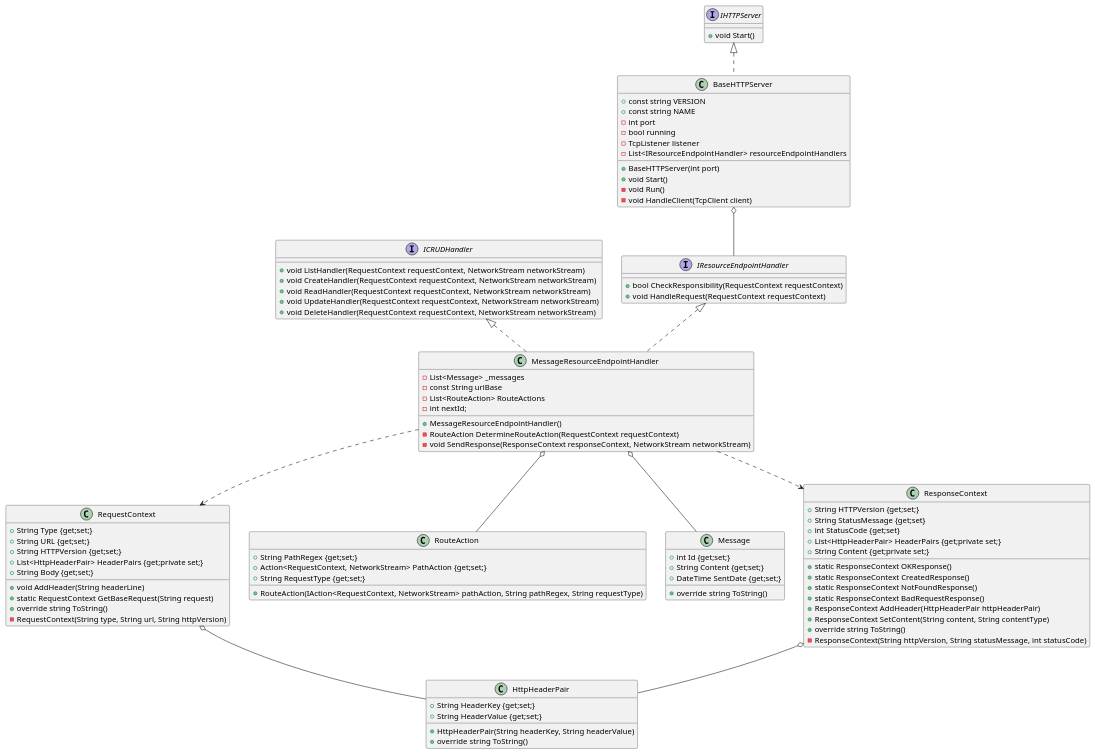
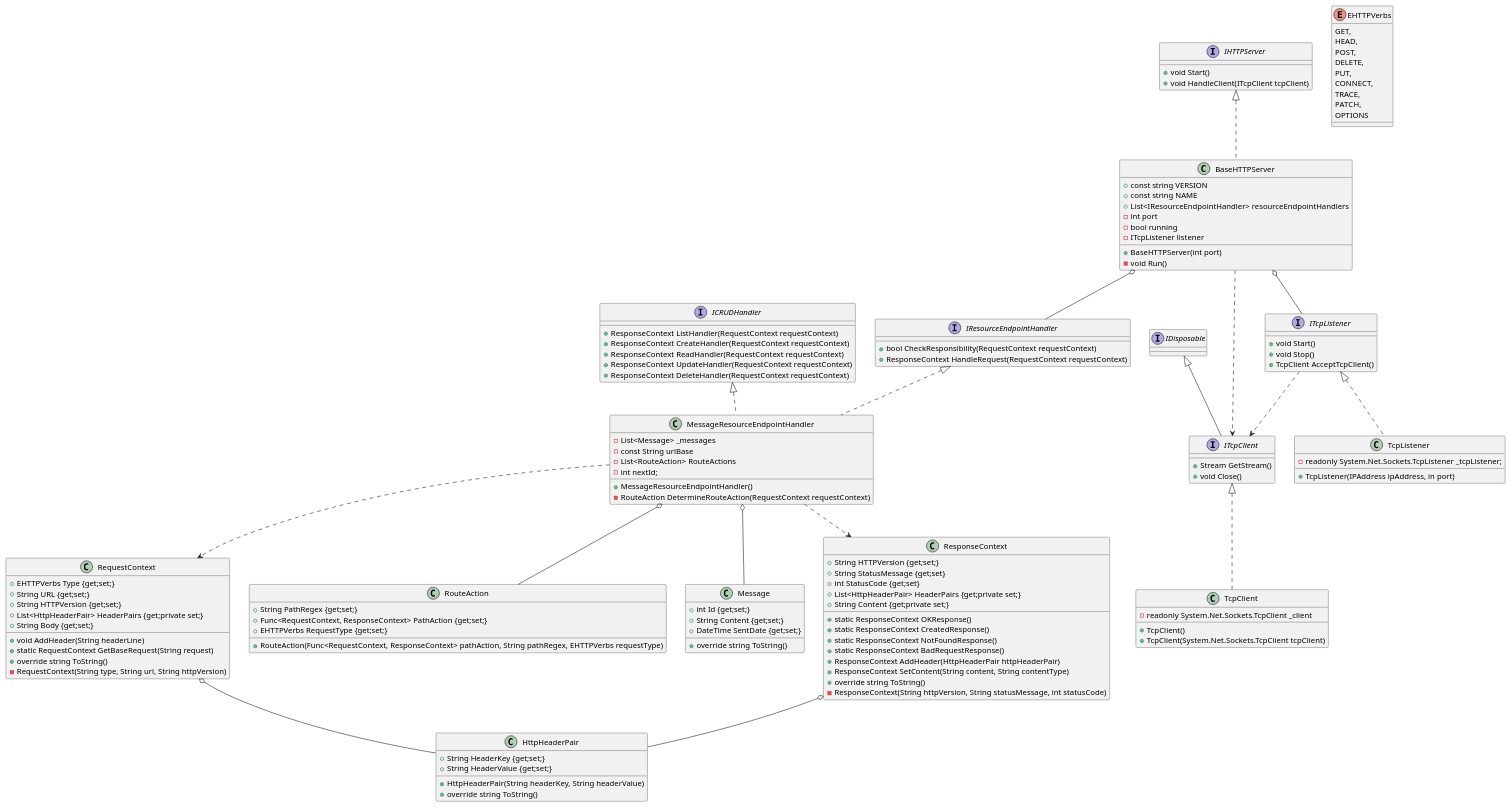
One commit to kretmatt/SWE1-REST-HTTP-Webservice changed the diagram in httprestserver_classdiagram.wsd. Above: the diagram before and after it, drawn with PlantUML. The commit also changed 1 other file, not shown here.

Commit message:
Update class diagram

```diff
--- a/httprestserver_classdiagram.wsd
+++ b/httprestserver_classdiagram.wsd
@@ -1,103 +1,142 @@
 class BaseHTTPServer implements IHTTPServer{
     + const string VERSION
     + const string NAME
+    + List<IResourceEndpointHandler> resourceEndpointHandlers
     - int port
     - bool running
-    - TcpListener listener
-    - List<IResourceEndpointHandler> resourceEndpointHandlers
+    - ITcpListener listener
+    
 
     + BaseHTTPServer(int port)
-    + void Start()
     - void Run()
-    - void HandleClient(TcpClient client)
 }
 
 class RequestContext{
-    + String Type {get;set;}
+    + EHTTPVerbs Type {get;set;}
     + String URL {get;set;}
     + String HTTPVersion {get;set;}
     + List<HttpHeaderPair> HeaderPairs {get;private set;}
     + String Body {get;set;}
 
     + void AddHeader(String headerLine)
     + static RequestContext GetBaseRequest(String request)
     + override string ToString()
     - RequestContext(String type, String url, String httpVersion)
 }
 
 class HttpHeaderPair{
     + String HeaderKey {get;set;}
     + String HeaderValue {get;set;}
 
     + HttpHeaderPair(String headerKey, String headerValue)
     + override string ToString()
 }
 
 interface IResourceEndpointHandler{
     + bool CheckResponsibility(RequestContext requestContext)
-    + void HandleRequest(RequestContext requestContext)
+    + ResponseContext HandleRequest(RequestContext requestContext)
 }
 
 interface ICRUDHandler{
-    + void ListHandler(RequestContext requestContext, NetworkStream networkStream)
-    + void CreateHandler(RequestContext requestContext, NetworkStream networkStream)
-    + void ReadHandler(RequestContext requestContext, NetworkStream networkStream)
-    + void UpdateHandler(RequestContext requestContext, NetworkStream networkStream)
-    + void DeleteHandler(RequestContext requestContext, NetworkStream networkStream)
+    + ResponseContext ListHandler(RequestContext requestContext)
+    + ResponseContext CreateHandler(RequestContext requestContext)
+    + ResponseContext ReadHandler(RequestContext requestContext)
+    + ResponseContext UpdateHandler(RequestContext requestContext)
+    + ResponseContext DeleteHandler(RequestContext requestContext)
 }
 
 class MessageResourceEndpointHandler implements IResourceEndpointHandler, ICRUDHandler{
     - List<Message> _messages
     - const String urlBase
     - List<RouteAction> RouteActions
     - int nextId;
 
     + MessageResourceEndpointHandler()
     - RouteAction DetermineRouteAction(RequestContext requestContext)
-    - void SendResponse(ResponseContext responseContext, NetworkStream networkStream)
 }
  class RouteAction{
      + String PathRegex {get;set;}
-     + Action<RequestContext, NetworkStream> PathAction {get;set;}
-     + String RequestType {get;set;}
+     + Func<RequestContext, ResponseContext> PathAction {get;set;}
+     + EHTTPVerbs RequestType {get;set;}
 
-     + RouteAction(IAction<RequestContext, NetworkStream> pathAction, String pathRegex, String requestType)
+     + RouteAction(Func<RequestContext, ResponseContext> pathAction, String pathRegex, EHTTPVerbs requestType)
  }
 
  class Message{
      + int Id {get;set;}
      + String Content {get;set;}
      + DateTime SentDate {get;set;}
 
      + override string ToString()
  }
 
 class ResponseContext{
     + String HTTPVersion {get;set;}
     + String StatusMessage {get;set}
     + int StatusCode {get;set}
     + List<HttpHeaderPair> HeaderPairs {get;private set;}
     + String Content {get;private set;}
 
     + static ResponseContext OKResponse()
     + static ResponseContext CreatedResponse()
     + static ResponseContext NotFoundResponse()
     + static ResponseContext BadRequestResponse()
     + ResponseContext AddHeader(HttpHeaderPair httpHeaderPair)
     + ResponseContext SetContent(String content, String contentType)
     + override string ToString()
     - ResponseContext(String httpVersion, String statusMessage, int statusCode)
 }
 
 interface IHTTPServer{
     + void Start()
+    + void HandleClient(ITcpClient tcpClient)
+}
+
+
+enum EHTTPVerbs{
+    GET,
+    HEAD,
+    POST,
+    DELETE,
+    PUT,
+    CONNECT,
+    TRACE,
+    PATCH,
+    OPTIONS
+}
+
+interface ITcpClient implements IDisposable{
+    + Stream GetStream()
+    + void Close()
+}
+
+interface ITcpListener{
+    + void Start()
+    + void Stop()
+    + TcpClient AcceptTcpClient()
+}
+
+class TcpClient implements ITcpClient{
+    - readonly System.Net.Sockets.TcpClient _client
+
+    + TcpClient()
+    + TcpClient(System.Net.Sockets.TcpClient tcpClient)
+}
+
+class TcpListener implements ITcpListener{
+    - readonly System.Net.Sockets.TcpListener _tcpListener;
+
+    + TcpListener(IPAddress ipAddress, in port)
 }
 
 
  BaseHTTPServer o-- IResourceEndpointHandler
  RequestContext o-- HttpHeaderPair
  MessageResourceEndpointHandler o-- RouteAction
  MessageResourceEndpointHandler o--Message
  MessageResourceEndpointHandler ..> ResponseContext
  MessageResourceEndpointHandler ..> RequestContext
  ResponseContext o-- HttpHeaderPair
+ BaseHTTPServer ..> ITcpClient
+ BaseHTTPServer o-- ITcpListener
+ ITcpListener ..> ITcpClient
```
